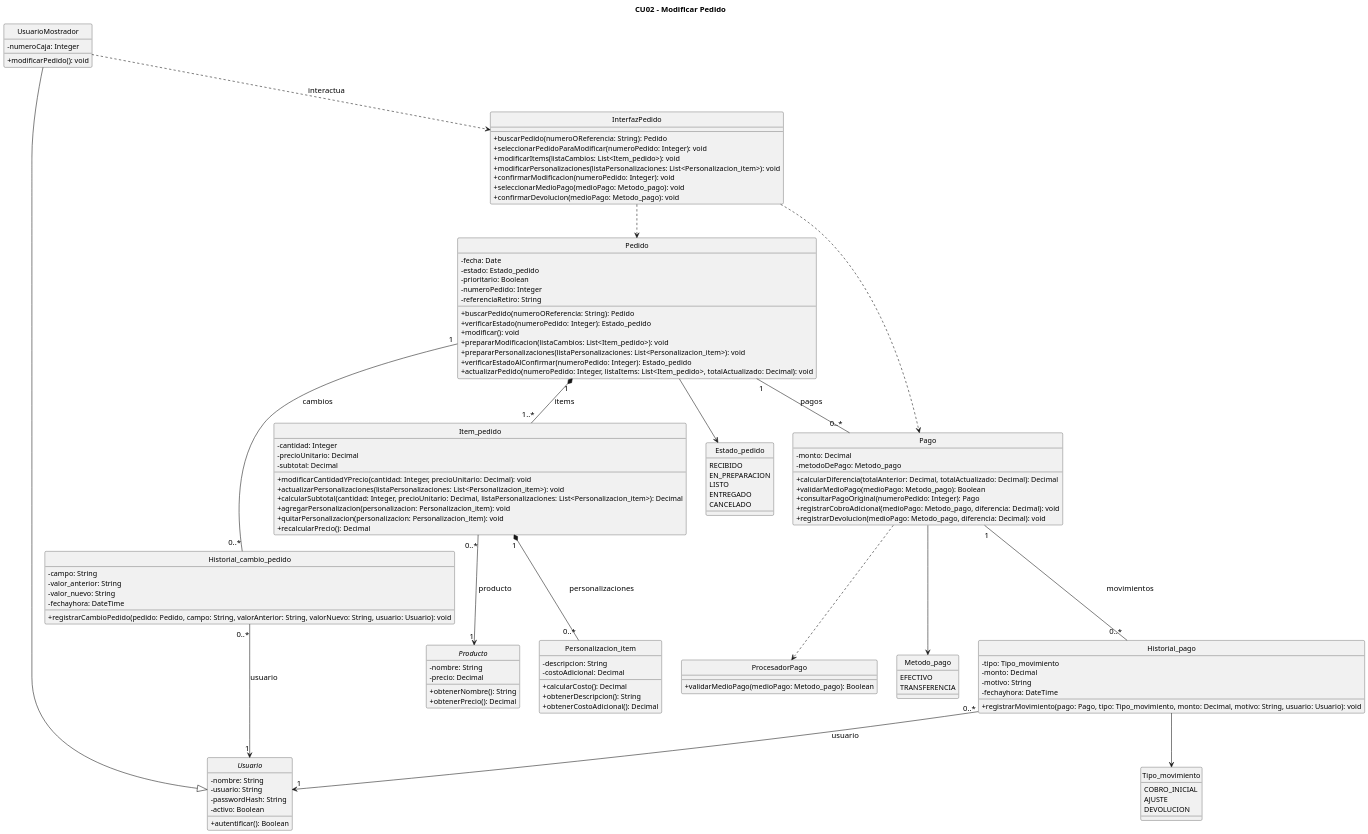
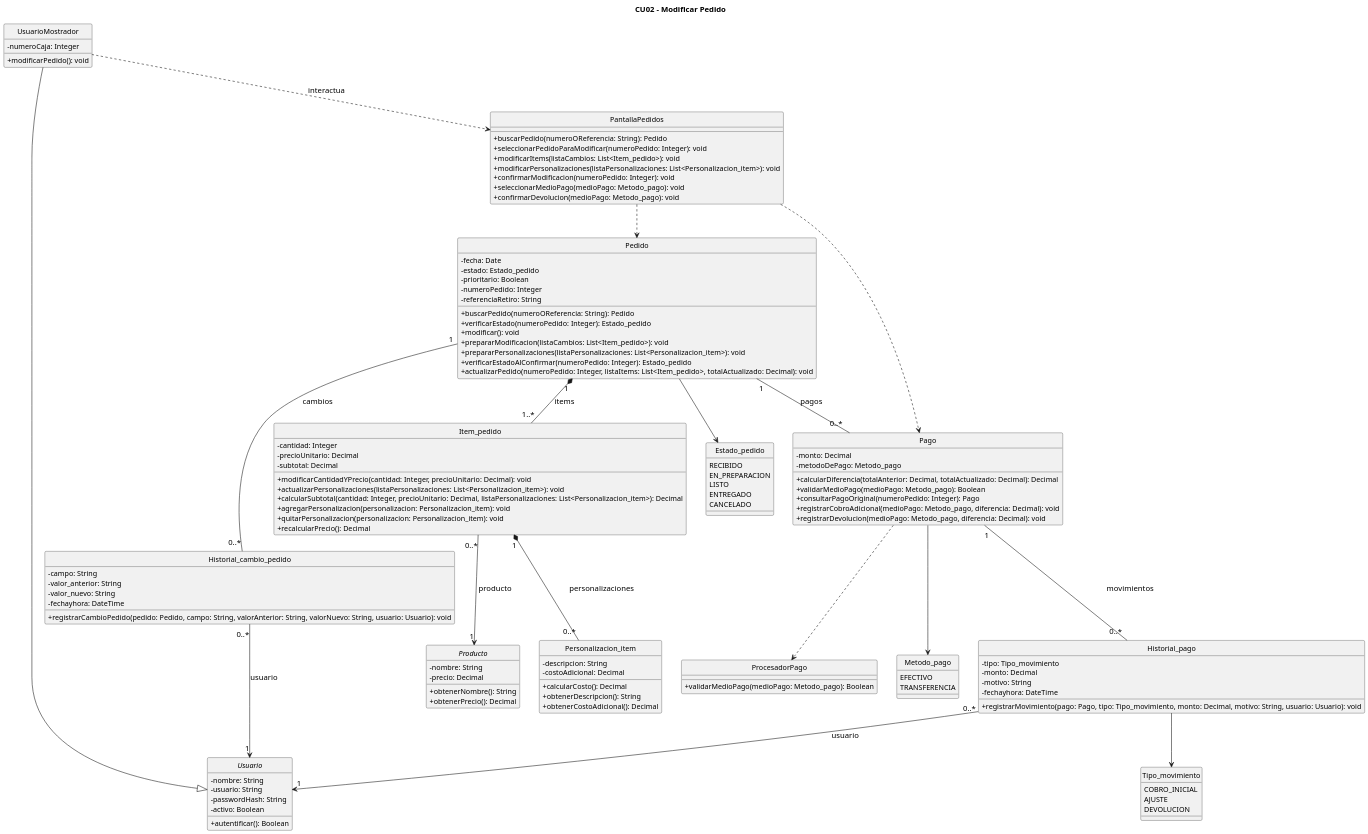
Before and after one commit to eloeyhe/SistemaPedidos: the diagram in diagramas/01-diagrama-clases/02-clases-modificar-pedido-02.puml, drawn with PlantUML. The commit also changed 4 other files, not shown here.

Commit message:
fix: renombro InterfazPedido a PantallaPedidos en el CU2

```diff
--- a/diagramas/01-diagrama-clases/02-clases-modificar-pedido-02.puml
+++ b/diagramas/01-diagrama-clases/02-clases-modificar-pedido-02.puml
@@ -1,153 +1,153 @@
 @startuml
 title CU02 - Modificar Pedido
 top to bottom direction
 hide circle
 skinparam classAttributeIconSize 0
 skinparam defaultFontSize 14
 skinparam classFontSize 15
 skinparam classAttributeFontSize 13
 skinparam dpi 160
 
 abstract class Usuario {
   -nombre: String
   -usuario: String
   -passwordHash: String
   -activo: Boolean
   +autentificar(): Boolean
 }
 
 class UsuarioMostrador {
   -numeroCaja: Integer
   +modificarPedido(): void
 }
 
-class InterfazPedido {
+class PantallaPedidos {
   +buscarPedido(numeroOReferencia: String): Pedido
   +seleccionarPedidoParaModificar(numeroPedido: Integer): void
   +modificarItems(listaCambios: List<Item_pedido>): void
   +modificarPersonalizaciones(listaPersonalizaciones: List<Personalizacion_item>): void
   +confirmarModificacion(numeroPedido: Integer): void
   +seleccionarMedioPago(medioPago: Metodo_pago): void
   +confirmarDevolucion(medioPago: Metodo_pago): void
 }
 
 class Pedido {
   -fecha: Date
   -estado: Estado_pedido
   -prioritario: Boolean
   -numeroPedido: Integer
   -referenciaRetiro: String
   +buscarPedido(numeroOReferencia: String): Pedido
   +verificarEstado(numeroPedido: Integer): Estado_pedido
   +modificar(): void
   +prepararModificacion(listaCambios: List<Item_pedido>): void
   +prepararPersonalizaciones(listaPersonalizaciones: List<Personalizacion_item>): void
   +verificarEstadoAlConfirmar(numeroPedido: Integer): Estado_pedido
   +actualizarPedido(numeroPedido: Integer, listaItems: List<Item_pedido>, totalActualizado: Decimal): void
 }
 
 class Item_pedido {
   -cantidad: Integer
   -precioUnitario: Decimal
   -subtotal: Decimal
   +modificarCantidadYPrecio(cantidad: Integer, precioUnitario: Decimal): void
   +actualizarPersonalizaciones(listaPersonalizaciones: List<Personalizacion_item>): void
   +calcularSubtotal(cantidad: Integer, precioUnitario: Decimal, listaPersonalizaciones: List<Personalizacion_item>): Decimal
   +agregarPersonalizacion(personalizacion: Personalizacion_item): void
   +quitarPersonalizacion(personalizacion: Personalizacion_item): void
   +recalcularPrecio(): Decimal
 }
 
 abstract class Producto {
   -nombre: String
   -precio: Decimal
   +obtenerNombre(): String
   +obtenerPrecio(): Decimal
 }
 
 class Personalizacion_item {
   -descripcion: String
   -costoAdicional: Decimal
   +calcularCosto(): Decimal
   +obtenerDescripcion(): String
   +obtenerCostoAdicional(): Decimal
 }
 
 class Pago {
   -monto: Decimal
   -metodoDePago: Metodo_pago
   +calcularDiferencia(totalAnterior: Decimal, totalActualizado: Decimal): Decimal
   +validarMedioPago(medioPago: Metodo_pago): Boolean
   +consultarPagoOriginal(numeroPedido: Integer): Pago
   +registrarCobroAdicional(medioPago: Metodo_pago, diferencia: Decimal): void
   +registrarDevolucion(medioPago: Metodo_pago, diferencia: Decimal): void
 }
 
 class ProcesadorPago {
   +validarMedioPago(medioPago: Metodo_pago): Boolean
 }
 
 class Historial_pago {
   -tipo: Tipo_movimiento
   -monto: Decimal
   -motivo: String
   -fechayhora: DateTime
   +registrarMovimiento(pago: Pago, tipo: Tipo_movimiento, monto: Decimal, motivo: String, usuario: Usuario): void
 }
 
 class Historial_cambio_pedido {
   -campo: String
   -valor_anterior: String
   -valor_nuevo: String
   -fechayhora: DateTime
   +registrarCambioPedido(pedido: Pedido, campo: String, valorAnterior: String, valorNuevo: String, usuario: Usuario): void
   }
 
 enum Estado_pedido {
   RECIBIDO
   EN_PREPARACION
   LISTO
   ENTREGADO
   CANCELADO
 }
 
 enum Metodo_pago {
   EFECTIVO
   TRANSFERENCIA
 }
 
 enum Tipo_movimiento {
   COBRO_INICIAL
   AJUSTE
   DEVOLUCION
 }
 
 ' Herencia
 UsuarioMostrador --|> Usuario
 
 ' Dependencias
-UsuarioMostrador ..> InterfazPedido : interactua
-InterfazPedido ..> Pedido
-InterfazPedido ..> Pago
+UsuarioMostrador ..> PantallaPedidos : interactua
+PantallaPedidos ..> Pedido
+PantallaPedidos ..> Pago
 Pago ..> ProcesadorPago
 
 ' Composiciones
 Pedido "1" *-- "1..*" Item_pedido : items
 Item_pedido "1" *-- "0..*" Personalizacion_item : personalizaciones
 
 ' Asociaciones
 Item_pedido "0..*" --> "1" Producto : producto
 Pedido "1" -- "0..*" Pago : pagos
 Pago "1" -- "0..*" Historial_pago : movimientos
 Pedido "1" -- "0..*" Historial_cambio_pedido : cambios
 
 ' Asociaciones con Usuario
 Historial_pago "0..*" --> "1" Usuario : usuario
 Historial_cambio_pedido "0..*" --> "1" Usuario : usuario
 
 ' Enumeraciones
 Pedido --> Estado_pedido
 Pago --> Metodo_pago
 Historial_pago --> Tipo_movimiento
 
 @enduml
```
